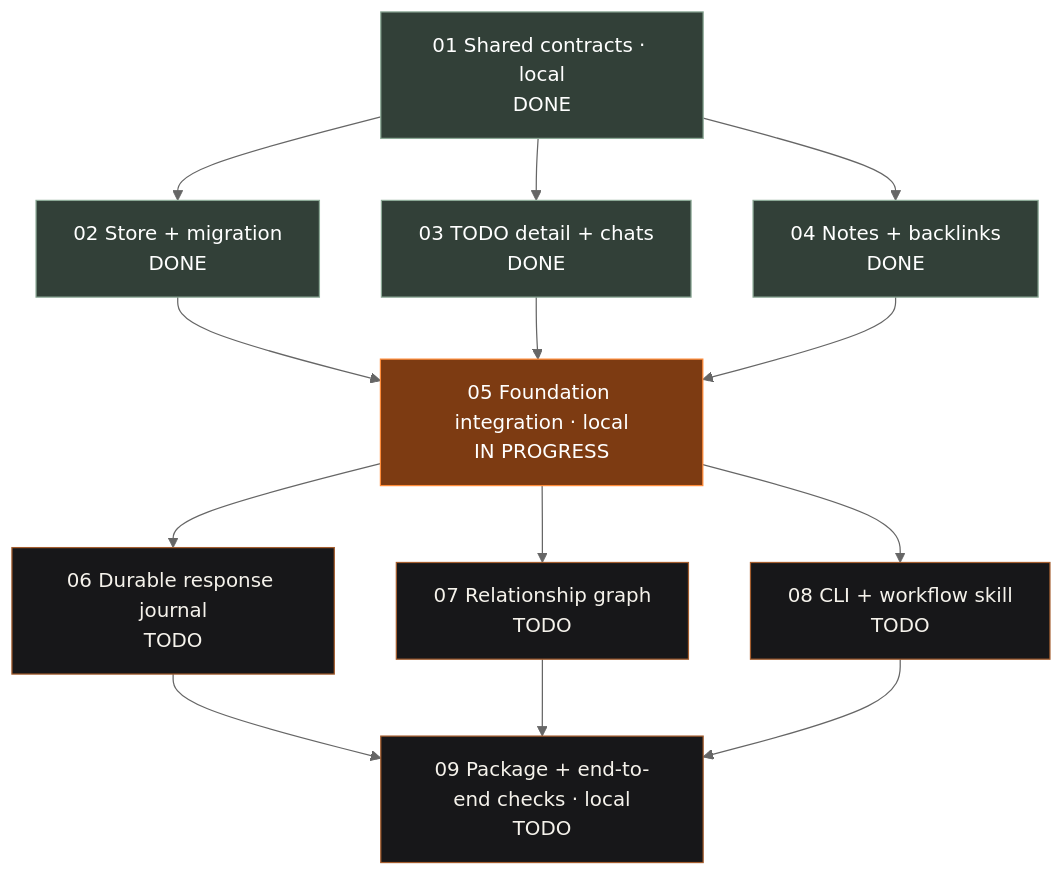
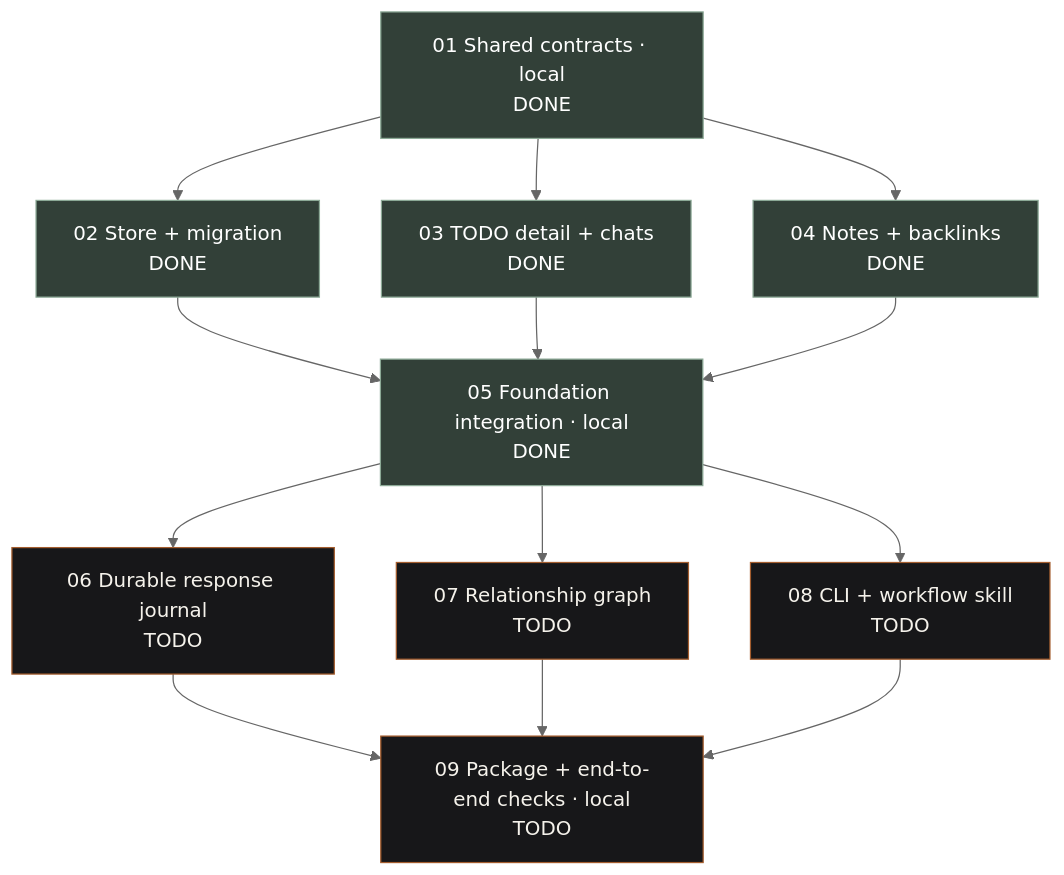
Before and after one commit to vatsalsaglani/Cider: the diagram in docs/plans/linked-work/00-overview.md, drawn with Mermaid (neutral theme). The commit also changed other lines of this file and 2 other files, not shown here.

Commit message:
Finalize foundation with user deferred UI acceptance

````diff
--- a/docs/plans/linked-work/00-overview.md
+++ b/docs/plans/linked-work/00-overview.md
@@ -38,27 +38,27 @@
 ```mermaid
 flowchart TD
     P01["01 Shared contracts · local<br/>DONE"]:::done
     P02["02 Store + migration<br/>DONE"]:::done
     P03["03 TODO detail + chats<br/>DONE"]:::done
     P04["04 Notes + backlinks<br/>DONE"]:::done
-    P05["05 Foundation integration · local<br/>IN PROGRESS"]:::inprogress
+    P05["05 Foundation integration · local<br/>DONE"]:::done
     P06["06 Durable response journal<br/>TODO"]:::todo
     P07["07 Relationship graph<br/>TODO"]:::todo
     P08["08 CLI + workflow skill<br/>TODO"]:::todo
     P09["09 Package + end-to-end checks · local<br/>TODO"]:::todo
     P01 --> P02
     P01 --> P03
     P01 --> P04
     P02 --> P05
     P03 --> P05
     P04 --> P05
     P05 --> P06
     P05 --> P07
     P05 --> P08
     P06 --> P09
     P07 --> P09
     P08 --> P09
     classDef todo fill:#171719,color:#f5f2eb,stroke:#a45d2e
     classDef inprogress fill:#7d3b12,color:#fff,stroke:#ff8b38
     classDef done fill:#324038,color:#fff,stroke:#8ca996
 ```
````
